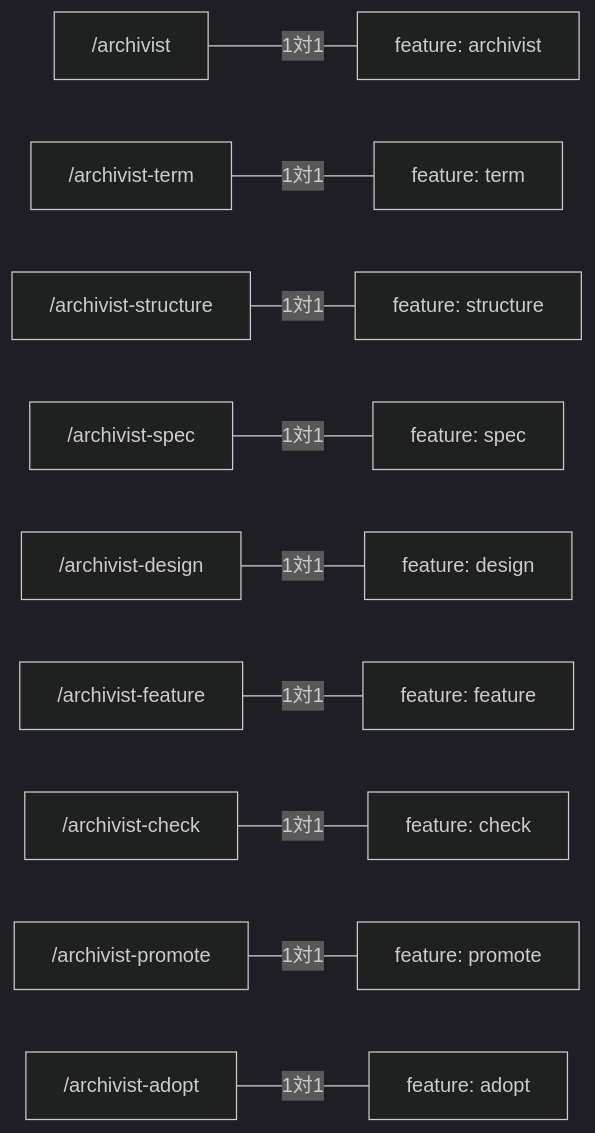
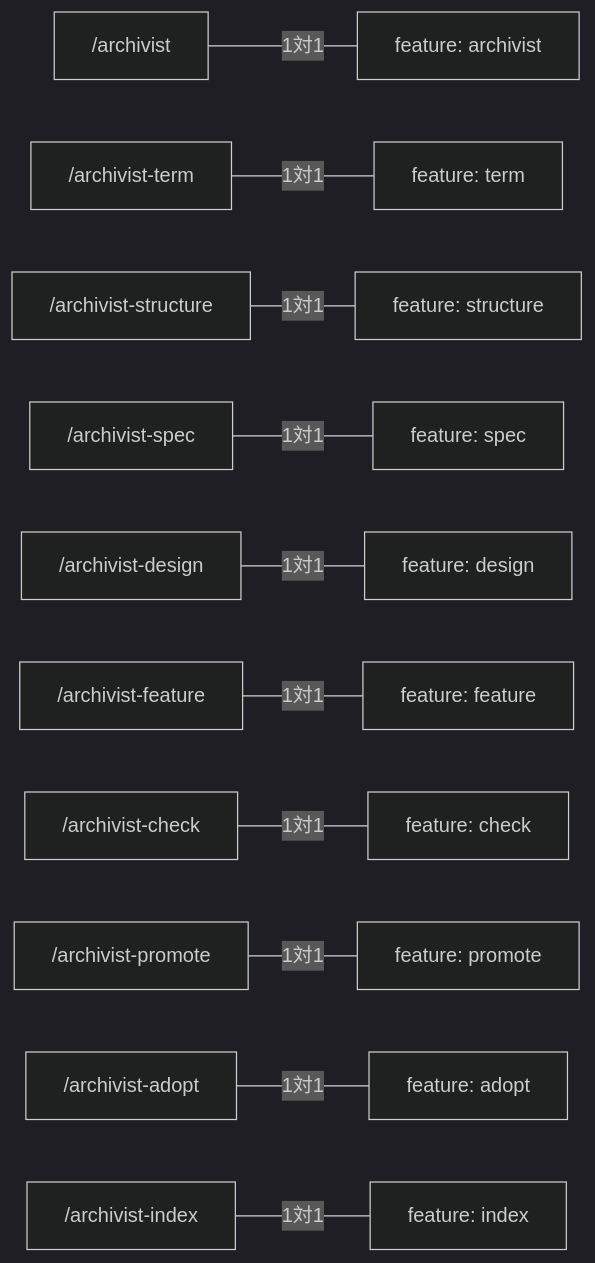
The second of 2 diagrams in docs/archivist/L3_structures/skill-composition.md (gameundwatch/archivist), drawn with Mermaid (dark theme) before and after one commit. The commit also changed other lines of this file and 12 other files, not shown here.

````diff
--- a/docs/archivist/L3_structures/skill-composition.md
+++ b/docs/archivist/L3_structures/skill-composition.md
@@ -31,12 +34,13 @@
 ```mermaid
 flowchart LR
     S0["/archivist"] ---|1対1| F0["feature: archivist"]
     S1["/archivist-term"] ---|1対1| F1["feature: term"]
     S2["/archivist-structure"] ---|1対1| F2["feature: structure"]
     S3["/archivist-spec"] ---|1対1| F3["feature: spec"]
     S4["/archivist-design"] ---|1対1| F4["feature: design"]
     S5["/archivist-feature"] ---|1対1| F5["feature: feature"]
     S6["/archivist-check"] ---|1対1| F6["feature: check"]
     S7["/archivist-promote"] ---|1対1| F7["feature: promote"]
     S8["/archivist-adopt"] ---|1対1| F8["feature: adopt"]
+    S9["/archivist-index"] ---|1対1| F9["feature: index"]
 ```
````
